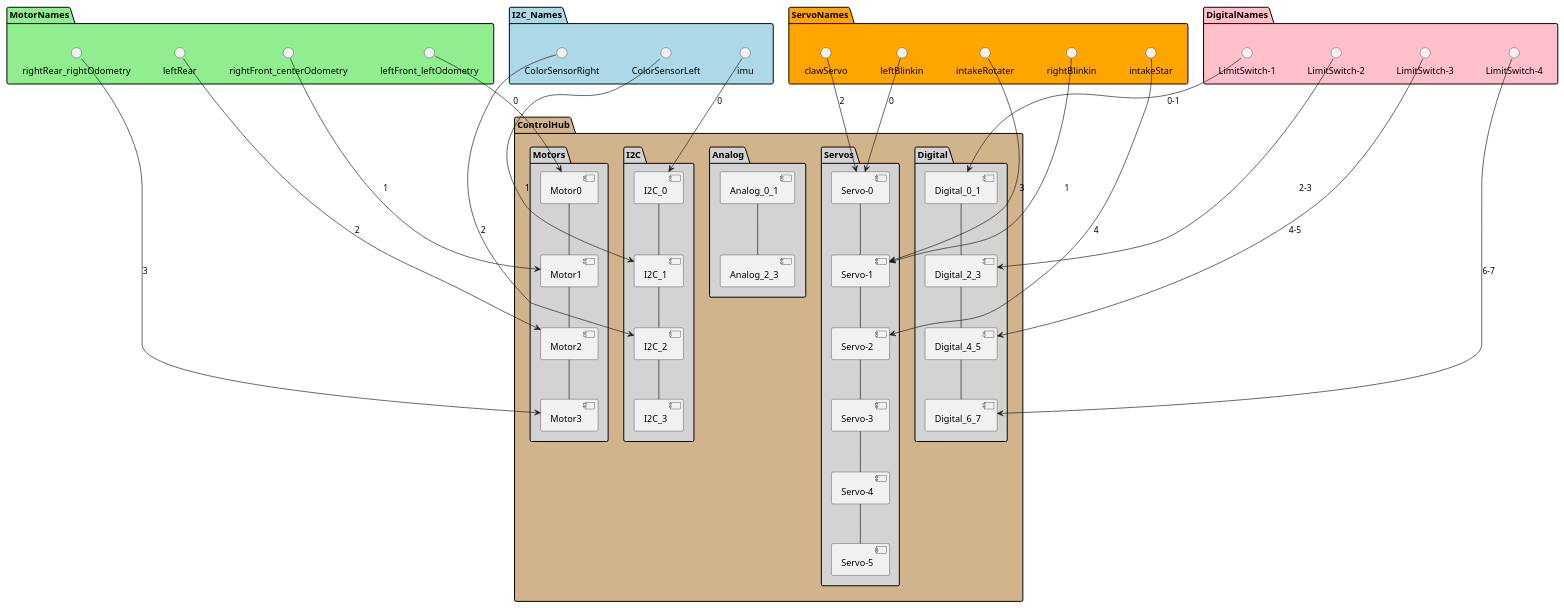
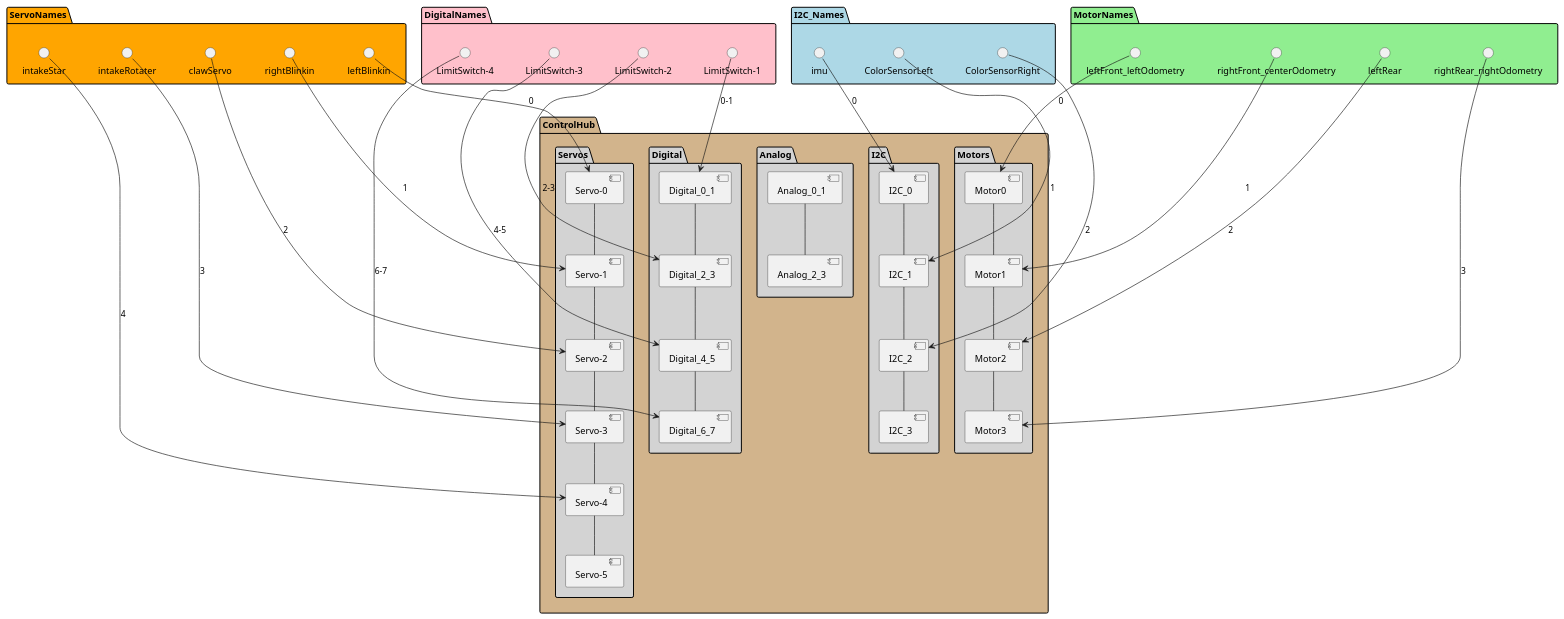
Before and after one commit to ShearForce-Software/ShearForce-Into-the-Deep-10.0: the diagram in TeamCode/src/main/java/org/firstinspires/ftc/teamcode/Geronimo/Diagrams/Configuration_ControlHub.puml, drawn with PlantUML.

Commit message:
cleaned up bugg in Configuration_ControlHub.puml diagram

```diff
--- a/TeamCode/src/main/java/org/firstinspires/ftc/teamcode/Geronimo/Diagrams/Configuration_ControlHub.puml
+++ b/TeamCode/src/main/java/org/firstinspires/ftc/teamcode/Geronimo/Diagrams/Configuration_ControlHub.puml
@@ -1,66 +1,66 @@
 @startuml
 
 
 package ControlHub #Tan {
   package Motors #LightGrey {
     [Motor0] -- [Motor1]
     [Motor1] -- [Motor2]
     [Motor2] -- [Motor3]
   }
 
   package Servos #LightGrey {
    [Servo-0] -- [Servo-1]
    [Servo-1] -- [Servo-2]
    [Servo-2] -- [Servo-3]
    [Servo-3] -- [Servo-4]
    [Servo-4] -- [Servo-5]
   }
 
   package Analog #LightGrey {
    [Analog_0_1] -- [Analog_2_3]
   }
 
   package Digital #LightGrey {
    [Digital_0_1] -- [Digital_2_3]
    [Digital_2_3] -- [Digital_4_5]
    [Digital_4_5] -- [Digital_6_7]
   }
 
   package I2C #LightGrey {
    [I2C_0] -- [I2C_1]
    [I2C_1] -- [I2C_2]
    [I2C_2] -- [I2C_3]
 
   }
 }
 
 package MotorNames #LightGreen {
   () "leftFront_leftOdometry" --> [Motor0] : 0
   () "rightFront_centerOdometry" --> [Motor1] : 1
   () "leftRear" --> [Motor2] : 2
   () "rightRear_rightOdometry" --> [Motor3] : 3
 }
 
 package ServoNames #Orange {
   () "leftBlinkin" --> [Servo-0] : 0
   () "rightBlinkin" --> [Servo-1] : 1
-  () "clawServo" --> [Servo-0] : 2
-  () "intakeRotater" --> [Servo-1] : 3
-  () "intakeStar" --> [Servo-2] : 4
+  () "clawServo" --> [Servo-2] : 2
+  () "intakeRotater" --> [Servo-3] : 3
+  () "intakeStar" --> [Servo-4] : 4
 }
 
 package DigitalNames #Pink {
   () "LimitSwitch-1" --> [Digital_0_1] : 0-1
   () "LimitSwitch-2" --> [Digital_2_3] : 2-3
   () "LimitSwitch-3" --> [Digital_4_5] : 4-5
   () "LimitSwitch-4" --> [Digital_6_7] : 6-7
 }
 
 package I2C_Names #LightBlue {
   () "imu" --> [I2C_0] : 0
   () "ColorSensorLeft" --> [I2C_1] : 1
   () "ColorSensorRight" --> [I2C_2] : 2
 
 }
 
 @enduml
```
